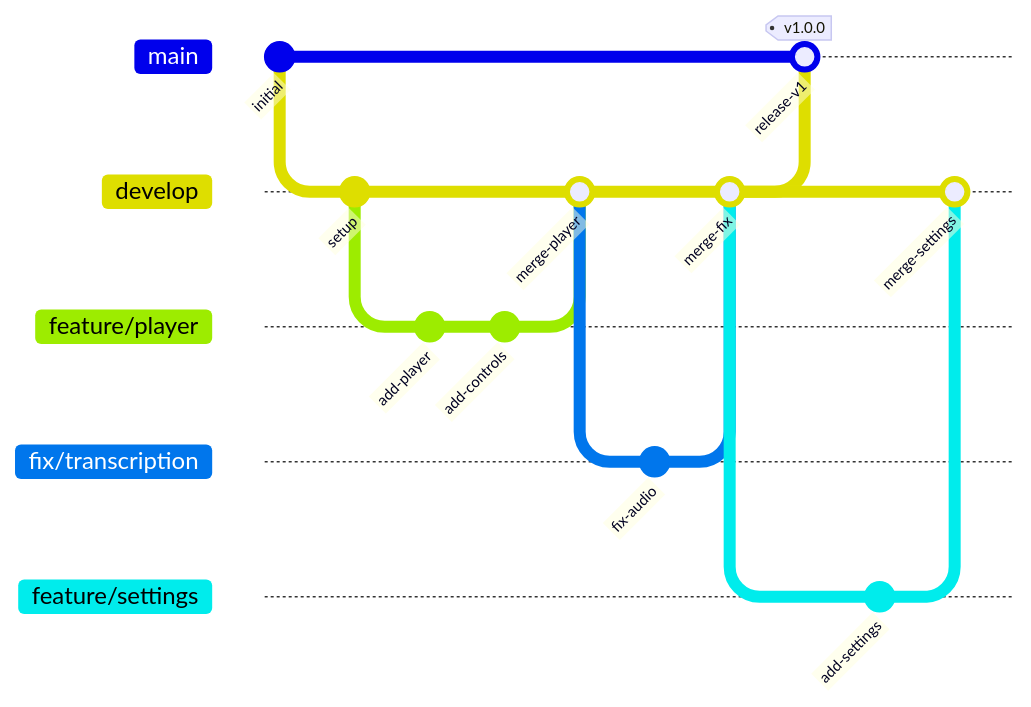
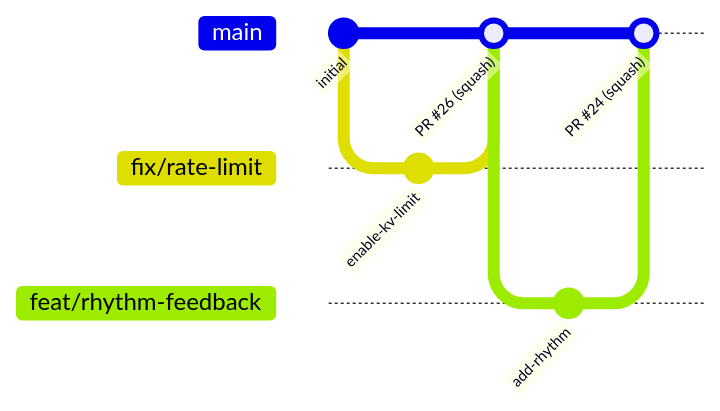
Before and after one commit to youming-ai/shadowing-learning: the diagram in docs/GIT-WORKFLOW.md, drawn with Mermaid. The commit also changed other lines of this file and 1 other file, not shown here.

````diff
--- a/docs/GIT-WORKFLOW.md
+++ b/docs/GIT-WORKFLOW.md
@@ -26,26 +25,14 @@
 ```mermaid
 gitGraph
     commit id: "initial"
-    branch develop
-    checkout develop
-    commit id: "setup"
-    branch feature/player
-    checkout feature/player
-    commit id: "add-player"
-    commit id: "add-controls"
-    checkout develop
-    merge feature/player id: "merge-player"
-    branch fix/transcription
-    checkout fix/transcription
-    commit id: "fix-audio"
-    checkout develop
-    merge fix/transcription id: "merge-fix"
+    branch fix/rate-limit
+    checkout fix/rate-limit
+    commit id: "enable-kv-limit"
     checkout main
-    merge develop id: "release-v1" tag: "v1.0.0"
-    checkout develop
-    branch feature/settings
-    checkout feature/settings
-    commit id: "add-settings"
-    checkout develop
-    merge feature/settings id: "merge-settings"
+    merge fix/rate-limit id: "PR #26 (squash)"
+    branch feat/rhythm-feedback
+    checkout feat/rhythm-feedback
+    commit id: "add-rhythm"
+    checkout main
+    merge feat/rhythm-feedback id: "PR #24 (squash)"
 ```
````
